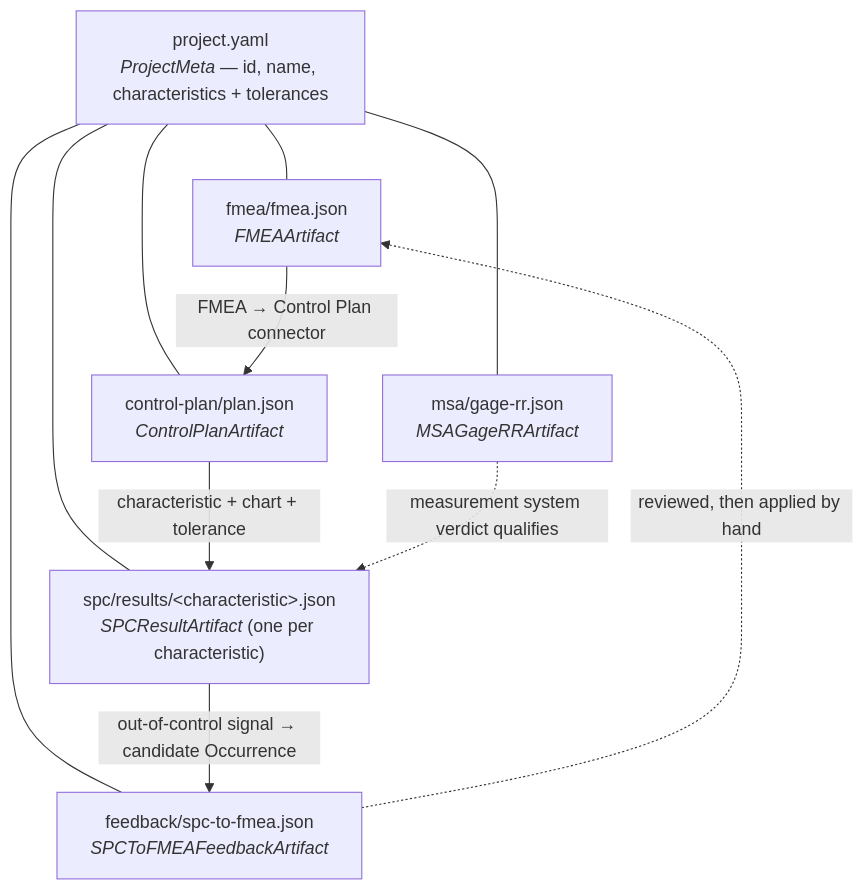
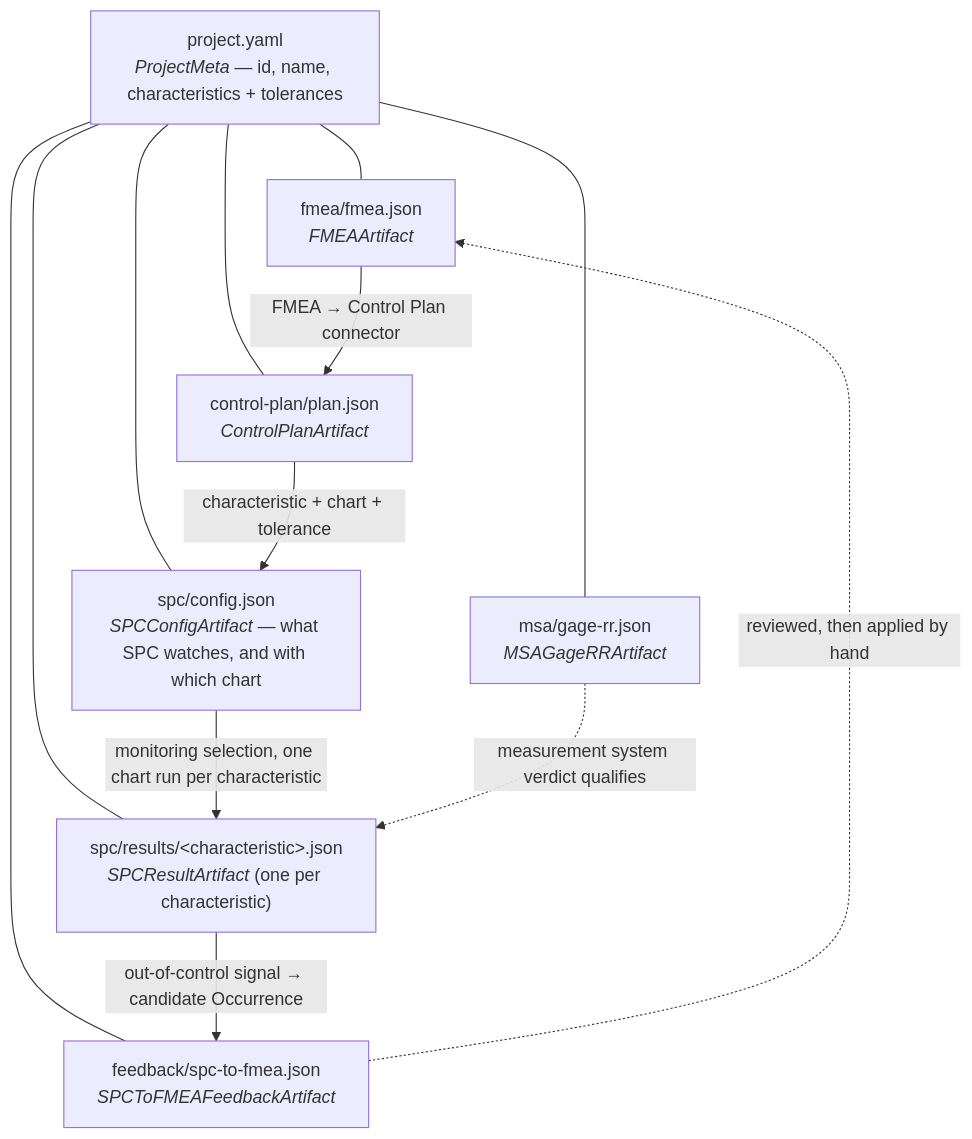
One commit to Siddardth7/quality-platform changed the diagram in docs/PROJECT_FILE_CONTRACT.md. Above: the diagram before and after it, drawn with Mermaid. The commit also changed other lines of this file and 16 other files, not shown here.

First line of the commit message:
feat: derive SPC monitoring config from Control Plan project file (M3-3)

````diff
--- a/docs/PROJECT_FILE_CONTRACT.md
+++ b/docs/PROJECT_FILE_CONTRACT.md
@@ -25,21 +25,24 @@
 ```mermaid
 graph TD
     Y["project.yaml<br/><i>ProjectMeta</i> — id, name, characteristics + tolerances"]
     F["fmea/fmea.json<br/><i>FMEAArtifact</i>"]
     C["control-plan/plan.json<br/><i>ControlPlanArtifact</i>"]
+    G["spc/config.json<br/><i>SPCConfigArtifact</i> — what SPC watches, and with which chart"]
     S["spc/results/&lt;characteristic&gt;.json<br/><i>SPCResultArtifact</i> (one per characteristic)"]
     M["msa/gage-rr.json<br/><i>MSAGageRRArtifact</i>"]
     B["feedback/spc-to-fmea.json<br/><i>SPCToFMEAFeedbackArtifact</i>"]
 
     Y --- F
     Y --- C
+    Y --- G
     Y --- S
     Y --- M
     Y --- B
 
     F -->|"FMEA → Control Plan connector"| C
-    C -->|"characteristic + chart + tolerance"| S
+    C -->|"characteristic + chart + tolerance"| G
+    G -->|"monitoring selection, one chart run per characteristic"| S
     S -->|"out-of-control signal → candidate Occurrence"| B
     B -.->|"reviewed, then applied by hand"| F
     M -.->|"measurement system verdict qualifies"| S
 ```
````
